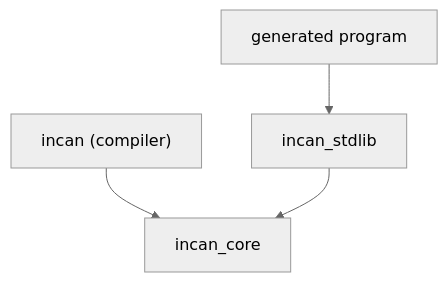
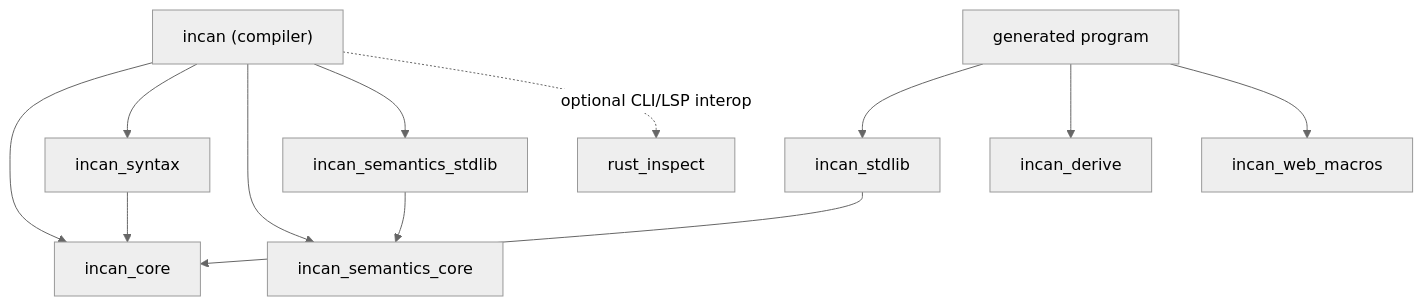
One commit to encero-systems/incan changed the diagram in workspaces/docs-site/docs/contributing/explanation/layering.md. Above: the diagram before and after it, drawn with Mermaid (neutral theme). The commit also changed other lines of this file and 17 other files, not shown here.

````diff
--- a/workspaces/docs-site/docs/contributing/explanation/layering.md
+++ b/workspaces/docs-site/docs/contributing/explanation/layering.md
@@ -11,6 +12,14 @@
 ```mermaid
 flowchart TD
   incanCompiler["incan (compiler)"] --> incanCore["incan_core"]
+  incanCompiler --> incanSyntax["incan_syntax"]
+  incanCompiler --> semanticsCore["incan_semantics_core"]
+  incanCompiler --> semanticsStdlib["incan_semantics_stdlib"]
+  incanCompiler -. optional CLI/LSP interop .-> rustInspect["rust_inspect"]
+  incanSyntax --> incanCore
+  semanticsStdlib --> semanticsCore
   incanStdlib["incan_stdlib"] --> incanCore
   generatedProgram["generated program"] --> incanStdlib
+  generatedProgram --> incanDerive["incan_derive"]
+  generatedProgram --> incanWebMacros["incan_web_macros"]
 ```
````
